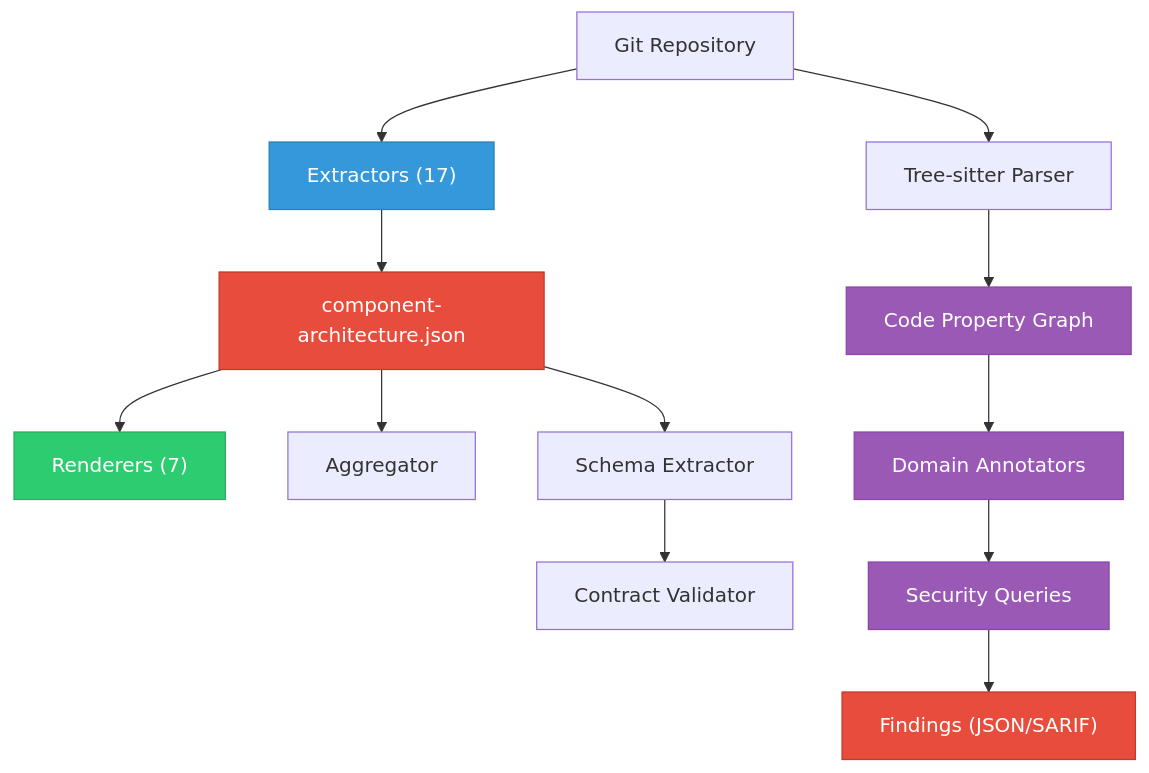
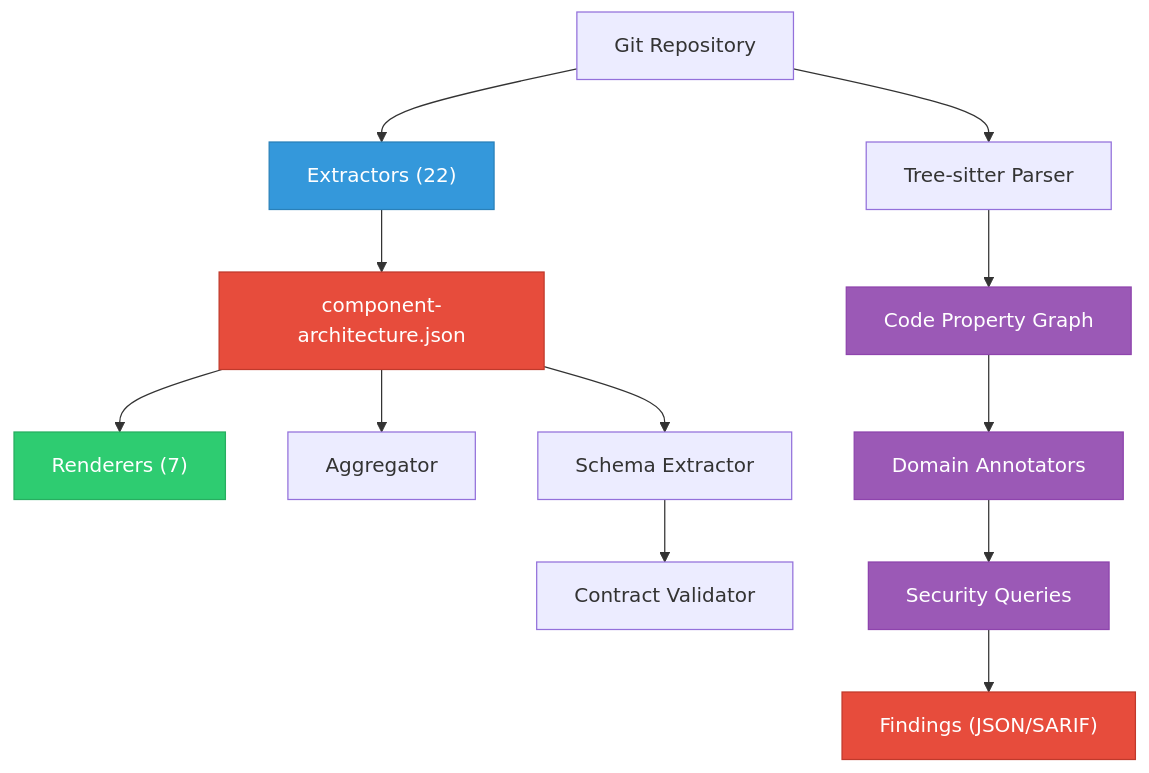
The diagram in site/docs/architecture/overview.md (ugiordan/rhoai-architecture-analyzer), drawn with Mermaid before and after one commit. The commit also changed other lines of this file and 16 other files, not shown here.

First line of the commit message:
feat: add 5 Go source extractors (operator config, reconcile sequences, prometheus metrics, status conditions, platform detection)

````diff
--- a/site/docs/architecture/overview.md
+++ b/site/docs/architecture/overview.md
@@ -7,26 +7,26 @@
 ```mermaid
 flowchart TB
-    REPO["Git Repository"] --> EXTRACT["Extractors (17)"]
+    REPO["Git Repository"] --> EXTRACT["Extractors (22)"]
     EXTRACT --> JSON["component-architecture.json"]
     JSON --> RENDER["Renderers (7)"]
     JSON --> AGG["Aggregator"]
 
     REPO --> PARSE["Tree-sitter Parser"]
     PARSE --> CPG["Code Property Graph"]
     CPG --> ANNOTATE["Domain Annotators"]
     ANNOTATE --> QUERY["Security Queries"]
     QUERY --> FINDINGS["Findings (JSON/SARIF)"]
 
     JSON --> SCHEMA["Schema Extractor"]
     SCHEMA --> VALIDATE["Contract Validator"]
 
     classDef extract fill:#3498db,stroke:#2980b9,color:#fff
     classDef render fill:#2ecc71,stroke:#27ae60,color:#fff
     classDef cpg fill:#9b59b6,stroke:#8e44ad,color:#fff
     classDef data fill:#e74c3c,stroke:#c0392b,color:#fff
 
     class EXTRACT extract
     class RENDER render
     class CPG,ANNOTATE,QUERY cpg
     class JSON,FINDINGS data
 ```
````
